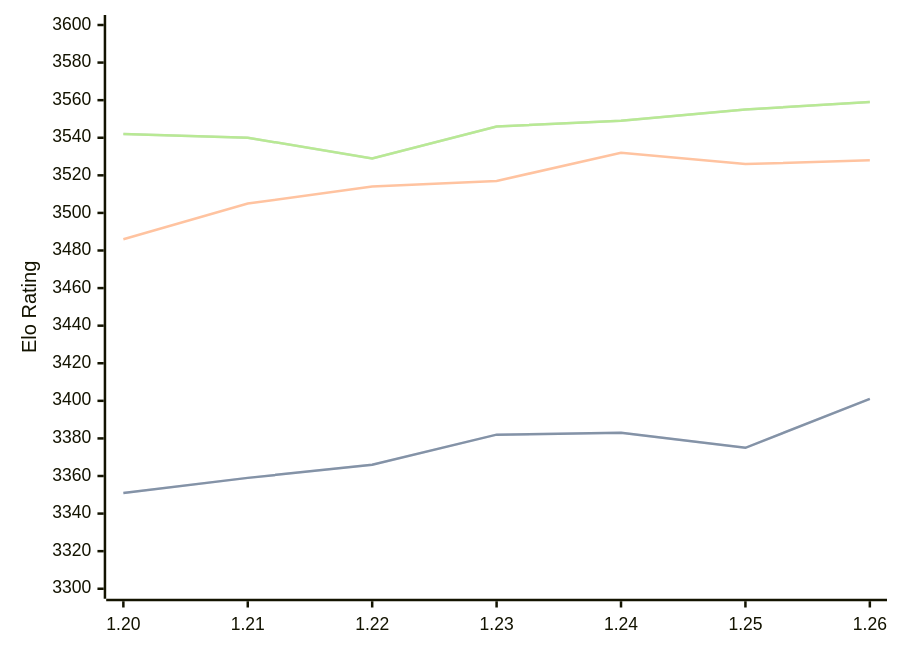
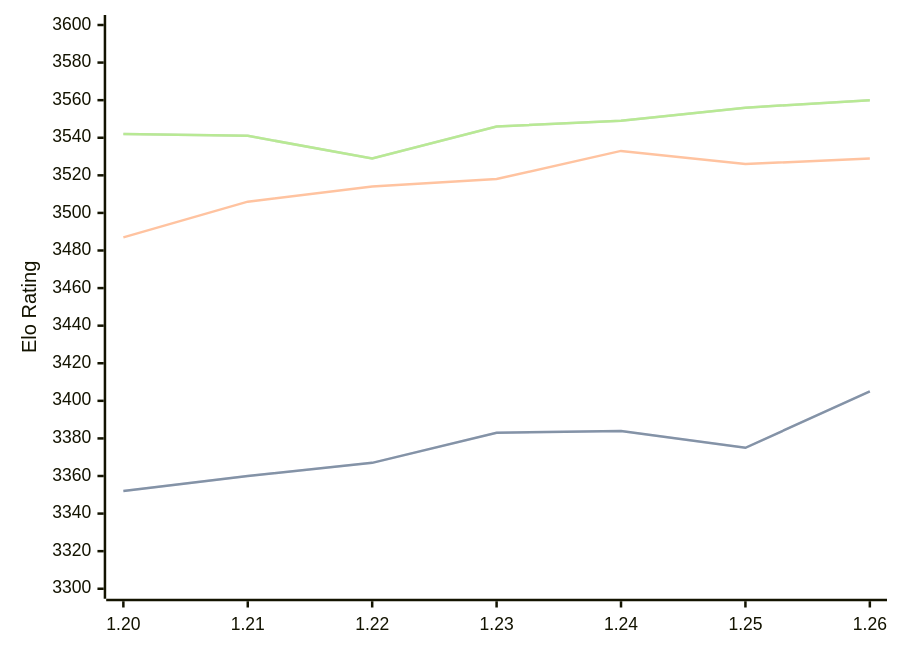
Before and after one commit to computer-chess-index/cci: the diagram in engines/Caissa.md, drawn with Mermaid. The commit also changed other lines of this file, not shown here.

Commit message:
Update CCI Ratings (ELO VLTC) - 2026-08-21

````diff
--- a/engines/Caissa.md
+++ b/engines/Caissa.md
@@ -37,11 +37,11 @@
 ```mermaid
 %%{init: {"theme":"base","themeVariables":{"seriesColors:['#a3a3a3','#222221','#faa371']}}}%%
 xychart-beta
   x-axis ["1.20", "1.21", "1.22", "1.23", "1.24", "1.25", "1.26"]
   y-axis "Elo Rating" 3300 --> 3600
-  line "STC (8.0+0.08s)" [3351, 3359, 3366, 3382, 3383, 3375, 3401]
-  line "STC (8.0+0.08s)" [3351, 3359, 3366, 3382, 3383, 3375, 3401]
-  line "LTC (60.0+0.60s)" [3486, 3505, 3514, 3517, 3532, 3526, 3528]
-  line "VLTC (2m24s+1.12s)" [3542, 3540, 3529, 3546, 3549, 3555, 3559]
-  line "VLTC (2m24s+1.12s)" [3542, 3540, 3529, 3546, 3549, 3555, 3559]
+  line "STC (8.0+0.08s)" [3352, 3360, 3367, 3383, 3384, 3375, 3405]
+  line "STC (8.0+0.08s)" [3352, 3360, 3367, 3383, 3384, 3375, 3405]
+  line "LTC (60.0+0.60s)" [3487, 3506, 3514, 3518, 3533, 3526, 3529]
+  line "VLTC (2m24s+1.12s)" [3542, 3541, 3529, 3546, 3549, 3556, 3560]
+  line "VLTC (2m24s+1.12s)" [3542, 3541, 3529, 3546, 3549, 3556, 3560]
 ```
````
